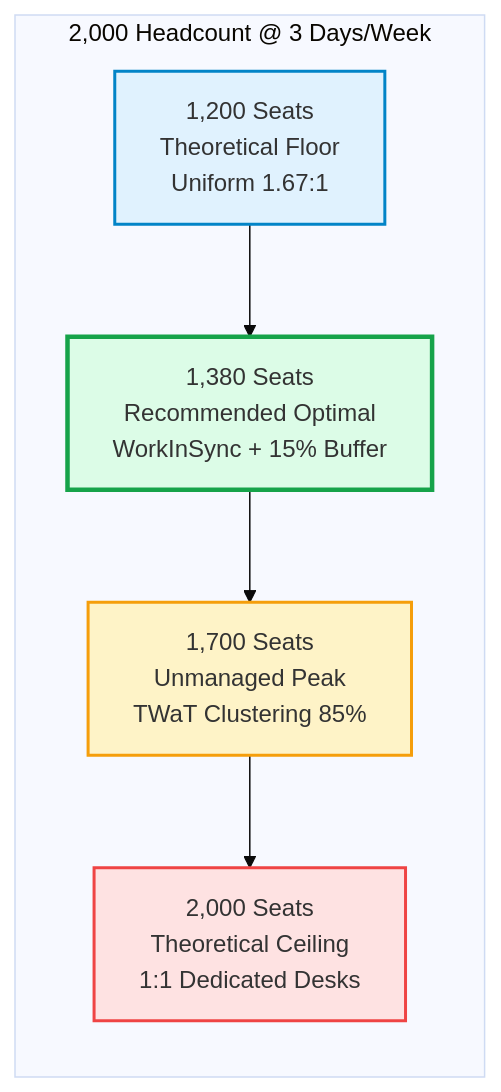
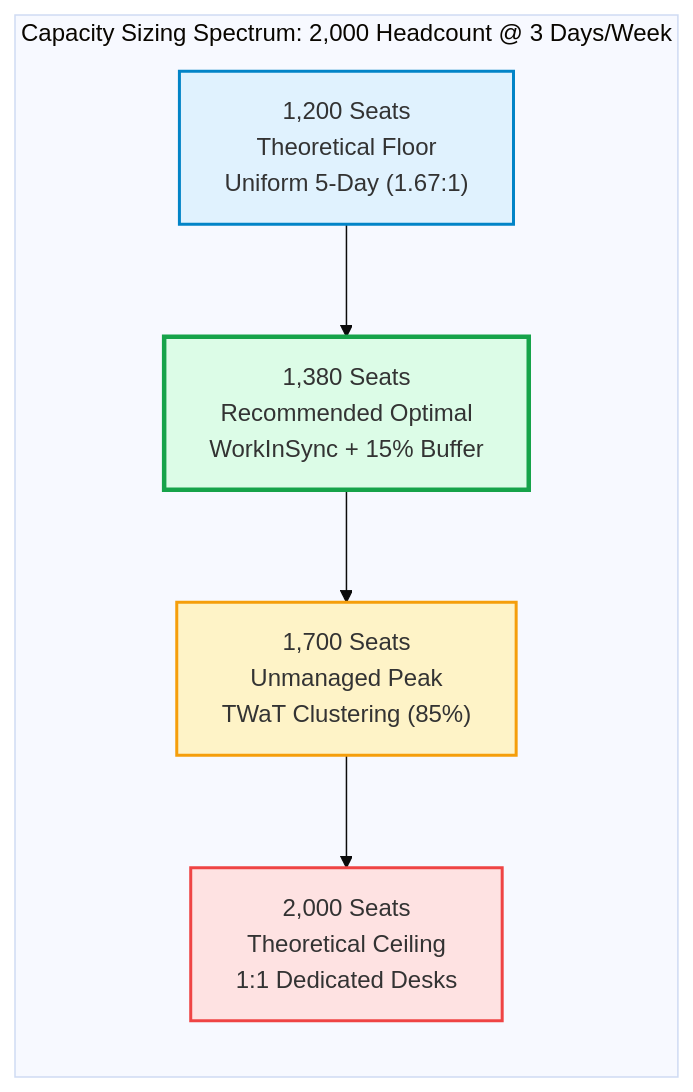
Before and after one commit to Ankurchoudhary75/workinsync-tam-capacity-planner: the first of 2 diagrams in docs/CASE_STUDY.md, drawn with Mermaid (base theme). The commit also changed other lines of this file and 1 other file, not shown here.

Commit message:
fix(mermaid): quote all node labels and subgraph titles to fix GitHub render parse error

````diff
--- a/docs/CASE_STUDY.md
+++ b/docs/CASE_STUDY.md
@@ -28,12 +28,12 @@
 ```mermaid
 graph LR
-    subgraph Capacity Spectrum [2,000 Headcount @ 3 Days/Week]
-        Min[1,200 Seats<br>Theoretical Floor<br>Uniform 1.67:1] --> Opt[1,380 Seats<br>Recommended Optimal<br>WorkInSync + 15% Buffer]
-        Opt --> Peak[1,700 Seats<br>Unmanaged Peak<br>TWaT Clustering 85%]
-        Peak --> Max[2,000 Seats<br>Theoretical Ceiling<br>1:1 Dedicated Desks]
+    subgraph SGCapacity ["Capacity Sizing Spectrum: 2,000 Headcount @ 3 Days/Week"]
+        Min["1,200 Seats<br>Theoretical Floor<br>Uniform 5-Day (1.67:1)"] --> Opt["1,380 Seats<br>Recommended Optimal<br>WorkInSync + 15% Buffer"]
+        Opt --> Peak["1,700 Seats<br>Unmanaged Peak<br>TWaT Clustering (85%)"]
+        Peak --> Max["2,000 Seats<br>Theoretical Ceiling<br>1:1 Dedicated Desks"]
     end
     style Min fill:#e0f2fe,stroke:#0284c7,stroke-width:2px
     style Opt fill:#dcfce7,stroke:#16a34a,stroke-width:3px
     style Peak fill:#fef3c7,stroke:#f59e0b,stroke-width:2px
     style Max fill:#fee2e2,stroke:#ef4444,stroke-width:2px
 ```
````
